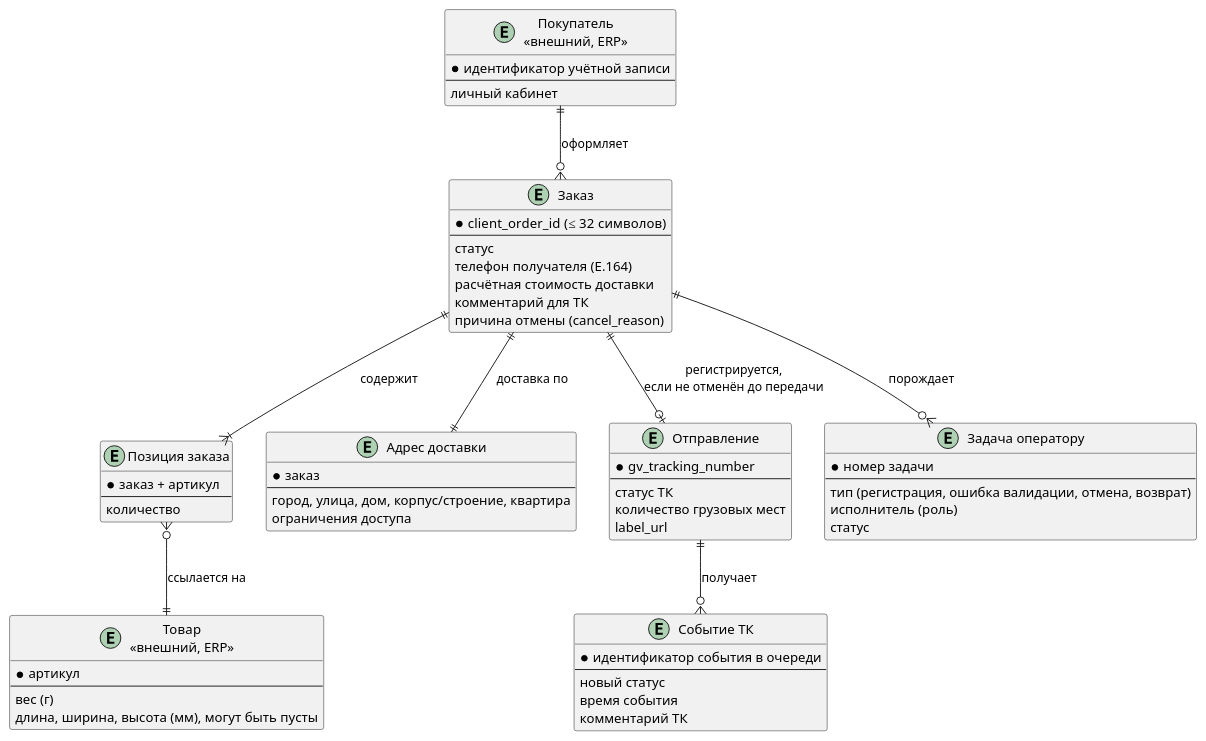
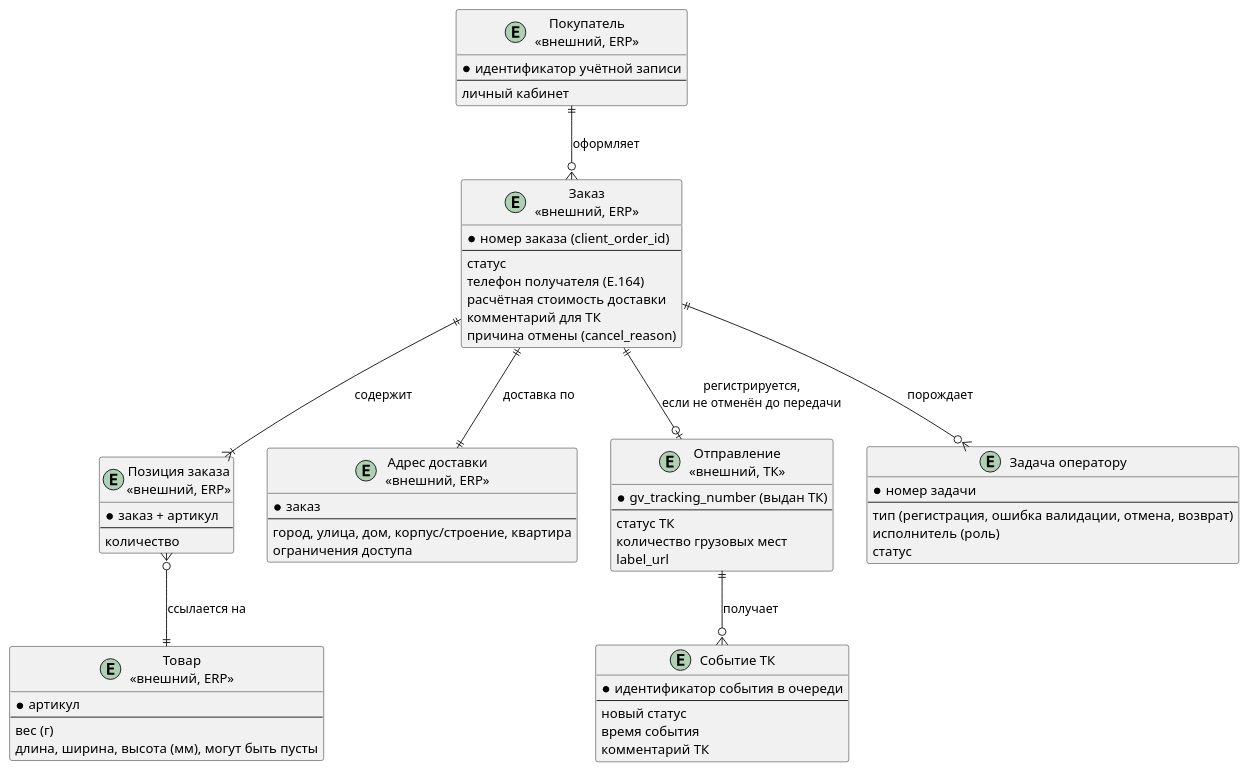
The fourth of 4 diagrams in variants/07 - Склад/Документ пользовательских требований.md (Fesenko1337/requirements-lab-01--variant-07---warehouse-), drawn with PlantUML before and after one commit. The commit also changed other lines of this file, not shown here.

Commit message:
fix: исправлен пункт 4. Анализ сущностей
- Помечены внешние сущности ERP

````diff
--- a/variants/07 - Склад/Документ пользовательских требований.md
+++ b/variants/07 - Склад/Документ пользовательских требований.md
@@ -675,63 +675,63 @@
 ```plantuml
 @startuml
 entity "Покупатель\n<<внешний, ERP>>" as Customer {
   * идентификатор учётной записи
   --
   личный кабинет
 }
-entity "Заказ" as Order {
-  * client_order_id (≤ 32 символов)
+entity "Заказ\n<<внешний, ERP>>" as Order {
+  * номер заказа (client_order_id)
   --
   статус
   телефон получателя (E.164)
   расчётная стоимость доставки
   комментарий для ТК
   причина отмены (cancel_reason)
 }
-entity "Позиция заказа" as Item {
+entity "Позиция заказа\n<<внешний, ERP>>" as Item {
   * заказ + артикул
   --
   количество
 }
 entity "Товар\n<<внешний, ERP>>" as Product {
   * артикул
   --
   вес (г)
   длина, ширина, высота (мм), могут быть пусты
 }
-entity "Адрес доставки" as Address {
+entity "Адрес доставки\n<<внешний, ERP>>" as Address {
   * заказ
   --
   город, улица, дом, корпус/строение, квартира
   ограничения доступа
 }
-entity "Отправление" as Shipment {
-  * gv_tracking_number
+entity "Отправление\n<<внешний, ТК>>" as Shipment {
+  * gv_tracking_number (выдан ТК)
   --
   статус ТК
   количество грузовых мест
   label_url
 }
 entity "Событие ТК" as Event {
   * идентификатор события в очереди
   --
   новый статус
   время события
   комментарий ТК
 }
 entity "Задача оператору" as Task {
   * номер задачи
   --
   тип (регистрация, ошибка валидации, отмена, возврат)
   исполнитель (роль)
   статус
 }
 Customer ||--o{ Order : оформляет
 Order ||--|{ Item : содержит
 Item }o--|| Product : ссылается на
 Order ||--|| Address : доставка по
 Order ||--o| Shipment : регистрируется,\nесли не отменён до передачи
 Shipment ||--o{ Event : получает
 Order ||--o{ Task : порождает
 @enduml
 ```
````
